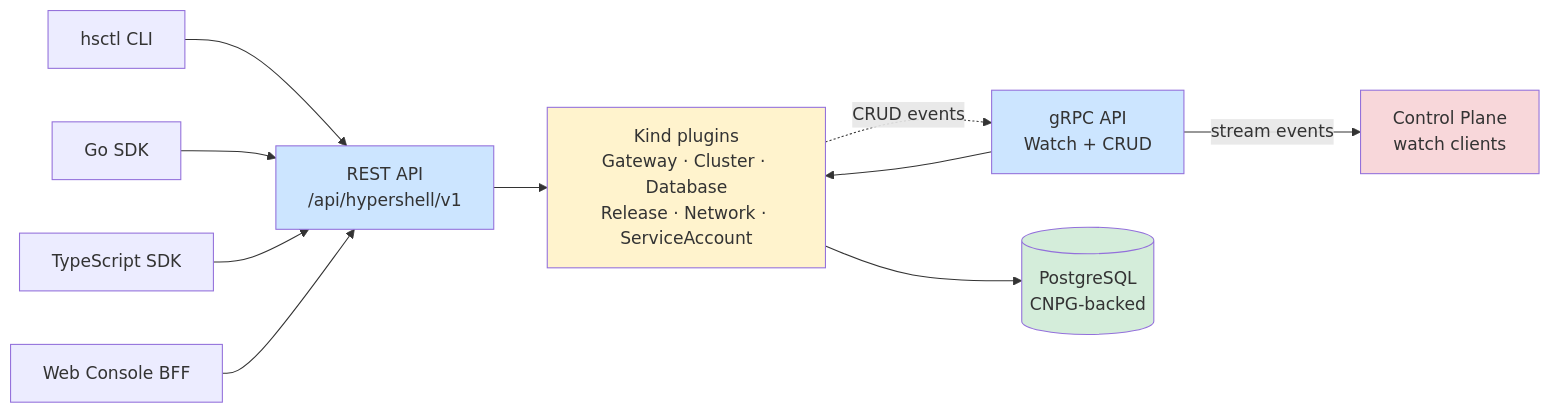
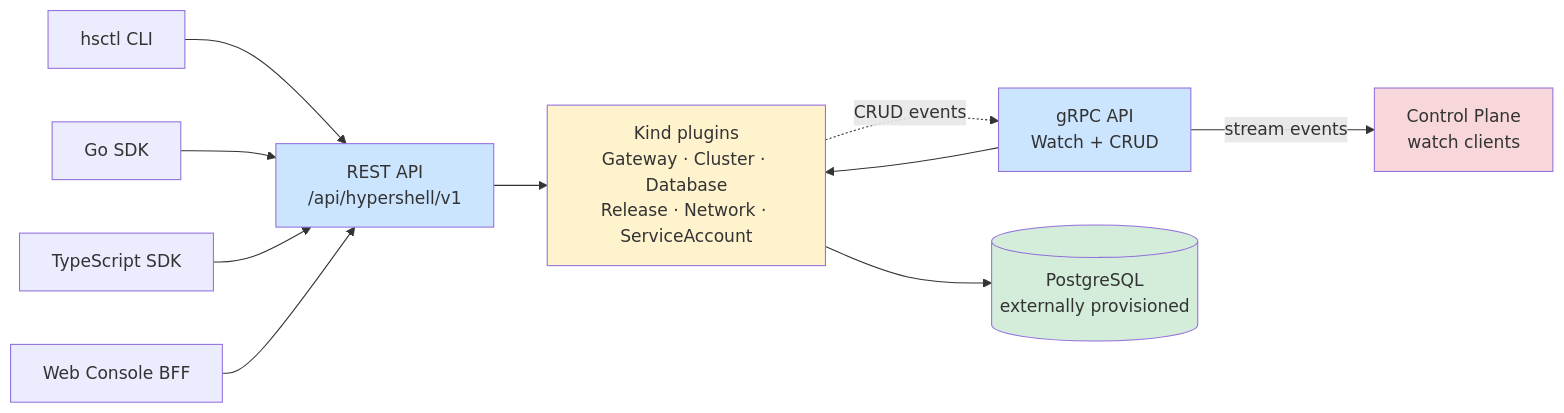
One commit to jonmosco/hypershell changed the diagram in docs/architecture/source/api-server.md. Above: the diagram before and after it, drawn with Mermaid. The commit also changed 148 other files, not shown here.

First line of the commit message:
feat(db): make every ManagedDatabase an externally provisioned server

````diff
--- a/docs/architecture/source/api-server.md
+++ b/docs/architecture/source/api-server.md
@@ -9,26 +9,26 @@
 ```mermaid
 graph LR
   CLI[hsctl CLI]
   GO[Go SDK]
   TS[TypeScript SDK]
   BFF[Web Console BFF]
   HTTP[REST API<br/>/api/hypershell/v1]
   RPC[gRPC API<br/>Watch + CRUD]
   PLUGINS[Kind plugins<br/>Gateway · Cluster · Database<br/>Release · Network · ServiceAccount]
-  DB[(PostgreSQL<br/>CNPG-backed)]
+  DB[(PostgreSQL<br/>externally provisioned)]
   CP[Control Plane<br/>watch clients]
   CLI --> HTTP
   GO --> HTTP
   TS --> HTTP
   BFF --> HTTP
   HTTP --> PLUGINS
   RPC --> PLUGINS
   PLUGINS --> DB
   RPC -->|stream events| CP
   PLUGINS -.->|CRUD events| RPC
   style HTTP fill:#cce5ff
   style RPC fill:#cce5ff
   style PLUGINS fill:#fff3cd
   style DB fill:#d4edda
   style CP fill:#f8d7da
 ```
````
